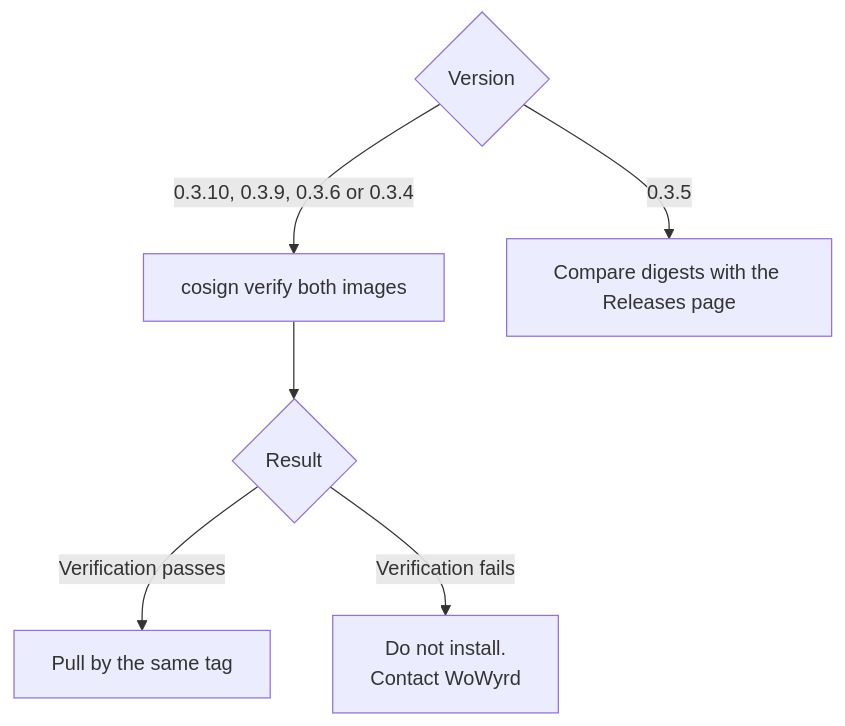
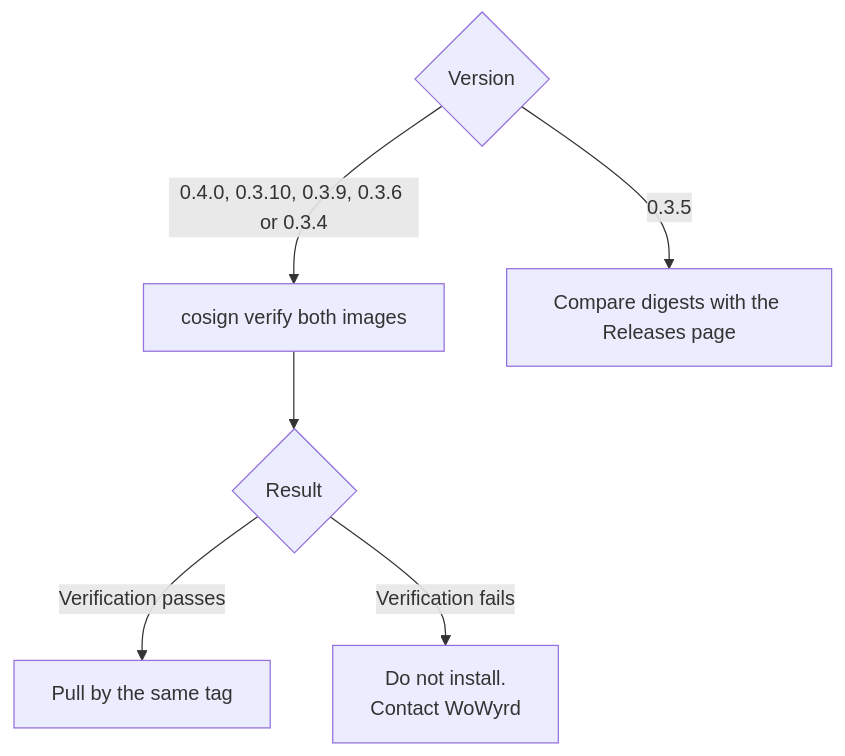
The third of 4 diagrams in INSTALL.md (chavychaze/wowyrd-pub), drawn with Mermaid before and after one commit. The commit also changed other lines of this file and 7 other files, not shown here.

````diff
--- a/INSTALL.md
+++ b/INSTALL.md
@@ -156,8 +156,8 @@
 ```mermaid
 flowchart TD
-    A{Version} -->|0.3.10, 0.3.9, 0.3.6 or 0.3.4| B[cosign verify both images]
+    A{Version} -->|0.4.0, 0.3.10, 0.3.9, 0.3.6 or 0.3.4| B[cosign verify both images]
     A -->|0.3.5| C[Compare digests with the Releases page]
     B --> D{Result}
     D -->|Verification passes| E[Pull by the same tag]
     D -->|Verification fails| F[Do not install.<br/>Contact WoWyrd]
 ```
````
